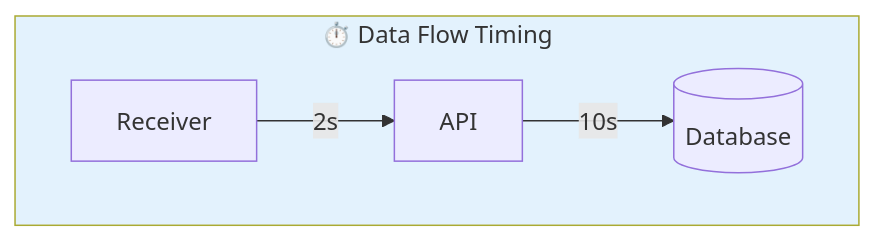
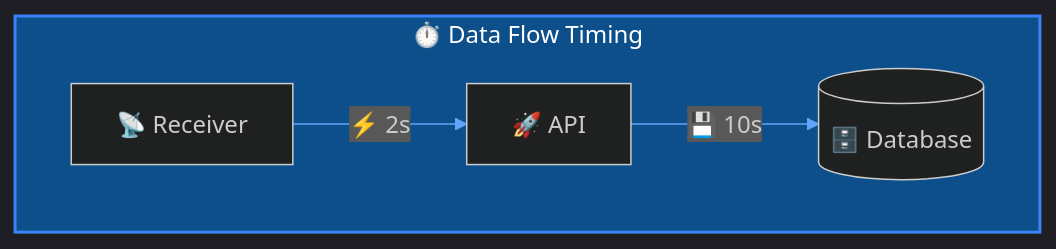
The first of 3 diagrams in docs/Getting Started/configuration.md (CHA0S-CORP/SkySpyDocs), drawn with Mermaid before and after one commit. The commit also changed other lines of this file and 11 other files, not shown here.

````diff
--- a/docs/Getting Started/configuration.md
+++ b/docs/Getting Started/configuration.md
@@ -41,10 +41,11 @@
 ```mermaid
+%%{init: {'theme': 'dark', 'themeVariables': { 'primaryColor': '#1e3a5f', 'primaryTextColor': '#fff', 'primaryBorderColor': '#3b82f6', 'lineColor': '#60a5fa'}}}%%
 flowchart LR
     subgraph Timing["⏱️ Data Flow Timing"]
         direction LR
-        RX[Receiver] -->|2s| API[API]
-        API -->|10s| DB[(Database)]
+        RX["📡 Receiver"] -->|"⚡ 2s"| API["🚀 API"]
+        API -->|"💾 10s"| DB[("🗄️ Database")]
     end
 
-    style Timing fill:#e3f2fd
+    style Timing fill:#0d4f8b,stroke:#3b82f6,stroke-width:2px,color:#fff
 ```
````
